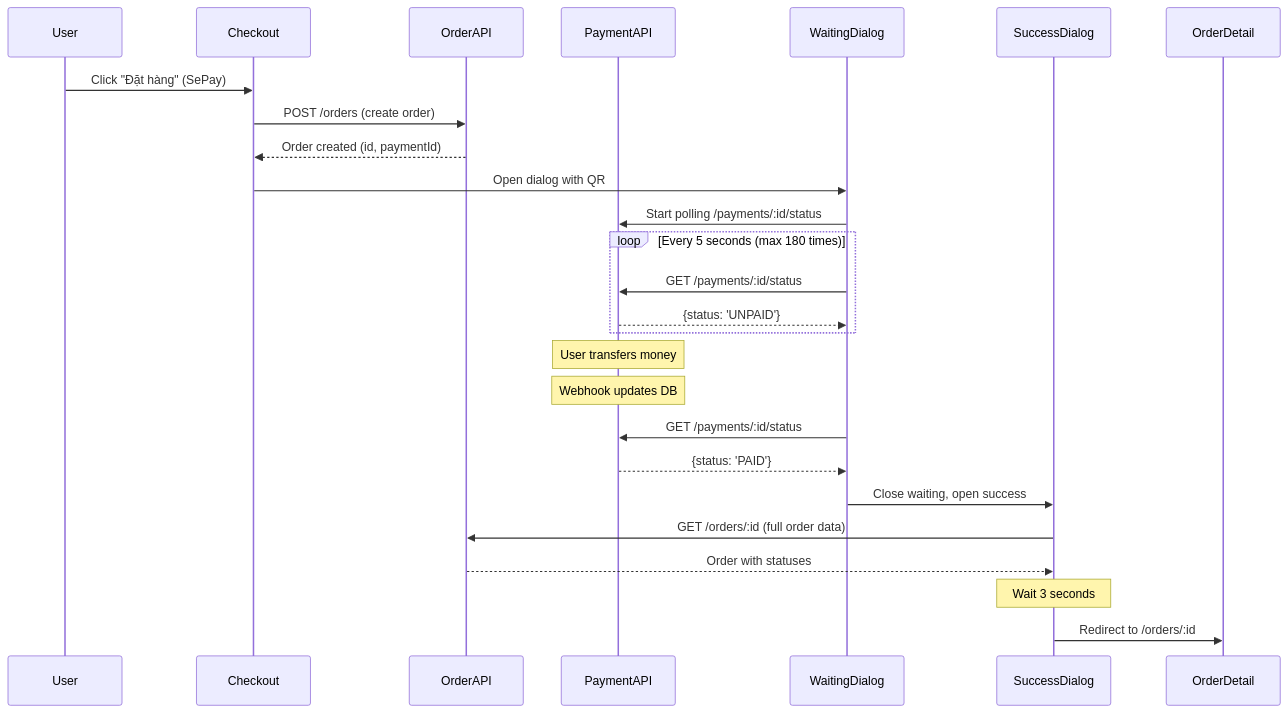
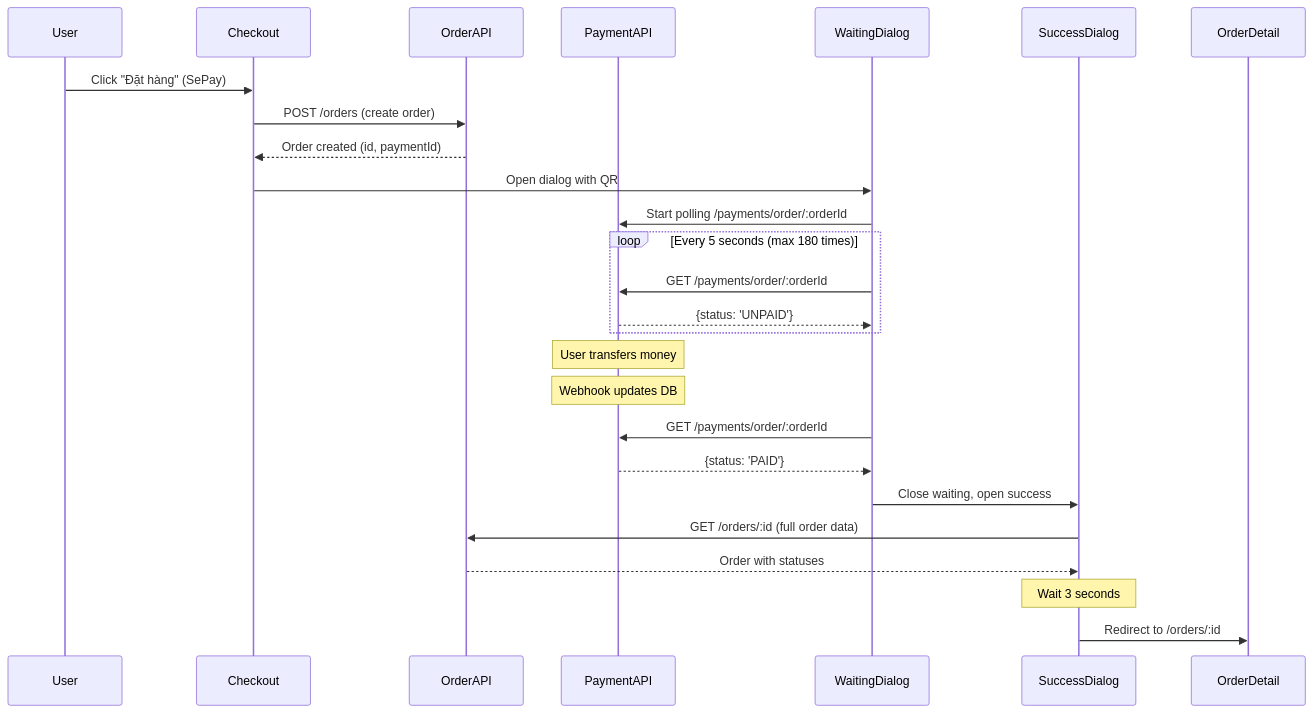
One commit to HaoNgo232/VisionStore-E-Commerce-Frontend changed the third of 3 diagrams in docs/ai/design/feature-payment-flow-separation.md. Above: the diagram before and after it, drawn with Mermaid. The commit also changed other lines of this file and 6 other files, not shown here.

````diff
--- a/docs/ai/design/feature-payment-flow-separation.md
+++ b/docs/ai/design/feature-payment-flow-separation.md
@@ -212,35 +212,35 @@
 ```mermaid
 sequenceDiagram
     participant User
     participant Checkout
     participant OrderAPI
     participant PaymentAPI
     participant WaitingDialog
     participant SuccessDialog
     participant OrderDetail
 
     User->>Checkout: Click "Đặt hàng" (SePay)
     Checkout->>OrderAPI: POST /orders (create order)
     OrderAPI-->>Checkout: Order created (id, paymentId)
 
     Checkout->>WaitingDialog: Open dialog with QR
-    WaitingDialog->>PaymentAPI: Start polling /payments/:id/status
+    WaitingDialog->>PaymentAPI: Start polling /payments/order/:orderId
 
     loop Every 5 seconds (max 180 times)
-        WaitingDialog->>PaymentAPI: GET /payments/:id/status
+        WaitingDialog->>PaymentAPI: GET /payments/order/:orderId
         PaymentAPI-->>WaitingDialog: {status: 'UNPAID'}
     end
 
     Note over PaymentAPI: User transfers money
     Note over PaymentAPI: Webhook updates DB
 
-    WaitingDialog->>PaymentAPI: GET /payments/:id/status
+    WaitingDialog->>PaymentAPI: GET /payments/order/:orderId
     PaymentAPI-->>WaitingDialog: {status: 'PAID'}
 
     WaitingDialog->>SuccessDialog: Close waiting, open success
     SuccessDialog->>OrderAPI: GET /orders/:id (full order data)
     OrderAPI-->>SuccessDialog: Order with statuses
 
     Note over SuccessDialog: Wait 3 seconds
     SuccessDialog->>OrderDetail: Redirect to /orders/:id
 ```
````
